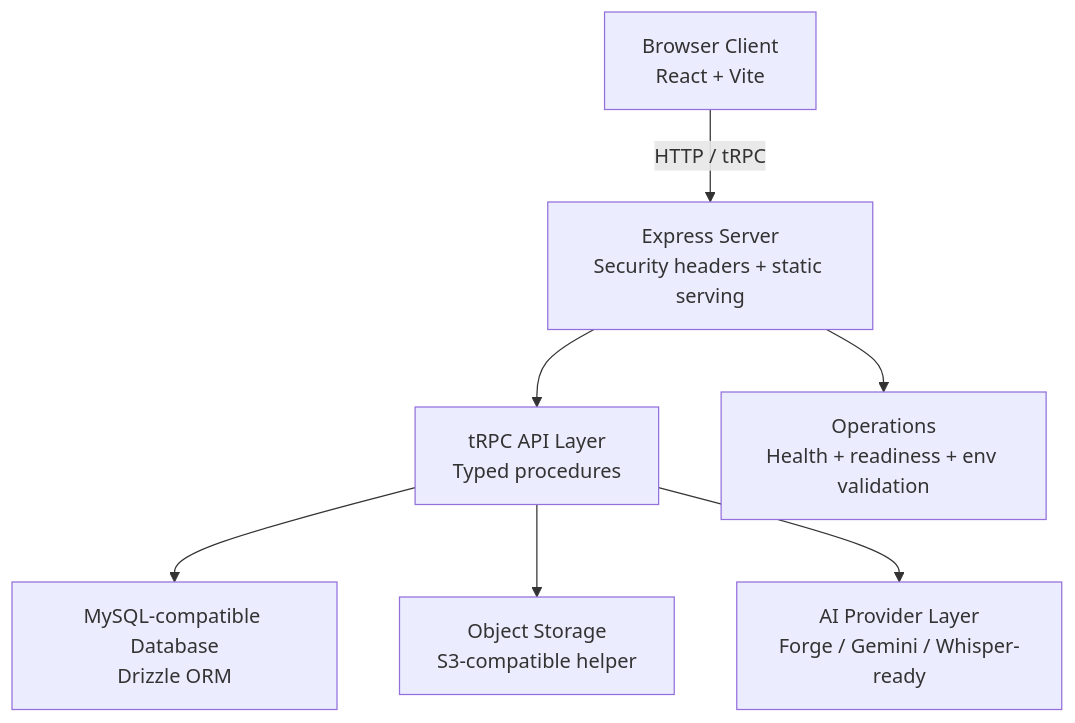
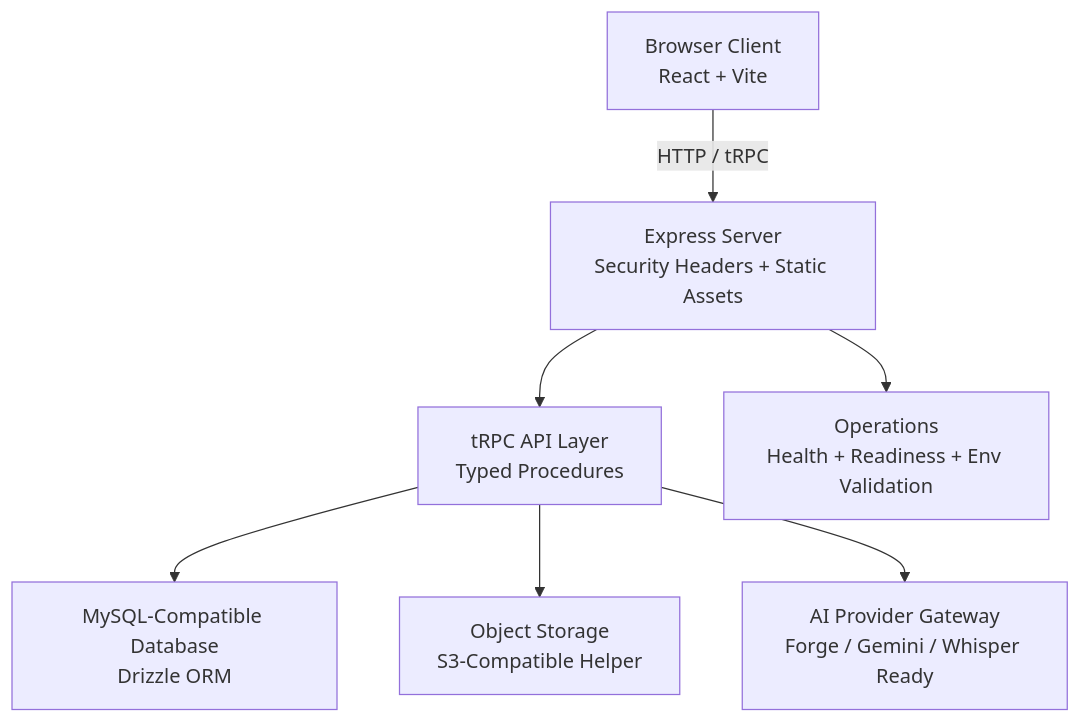
Before and after one commit to Alexi5000/Ellie: the diagram in README.md, drawn with Mermaid. The commit also changed other lines of this file and 78 other files, not shown here.

````diff
--- a/README.md
+++ b/README.md
@@ -65,17 +53,17 @@
 ```mermaid
 graph TB
     Browser["Browser Client\nReact + Vite"]
-    Express["Express Server\nSecurity headers + static serving"]
-    TRPC["tRPC API Layer\nTyped procedures"]
-    DB["MySQL-compatible Database\nDrizzle ORM"]
-    Storage["Object Storage\nS3-compatible helper"]
-    AI["AI Provider Layer\nForge / Gemini / Whisper-ready"]
-    Ops["Operations\nHealth + readiness + env validation"]
+    Express["Express Server\nSecurity Headers + Static Assets"]
+    TRPC["tRPC API Layer\nTyped Procedures"]
+    DB["MySQL-Compatible Database\nDrizzle ORM"]
+    Storage["Object Storage\nS3-Compatible Helper"]
+    AI["AI Provider Gateway\nForge / Gemini / Whisper Ready"]
+    Ops["Operations\nHealth + Readiness + Env Validation"]
 
     Browser -->|HTTP / tRPC| Express
     Express --> TRPC
     TRPC --> DB
     TRPC --> Storage
     TRPC --> AI
     Express --> Ops
 ```
````
